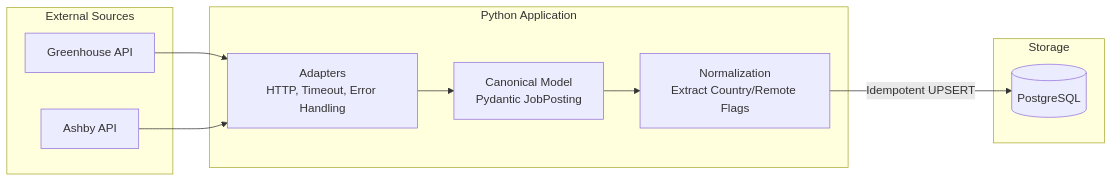
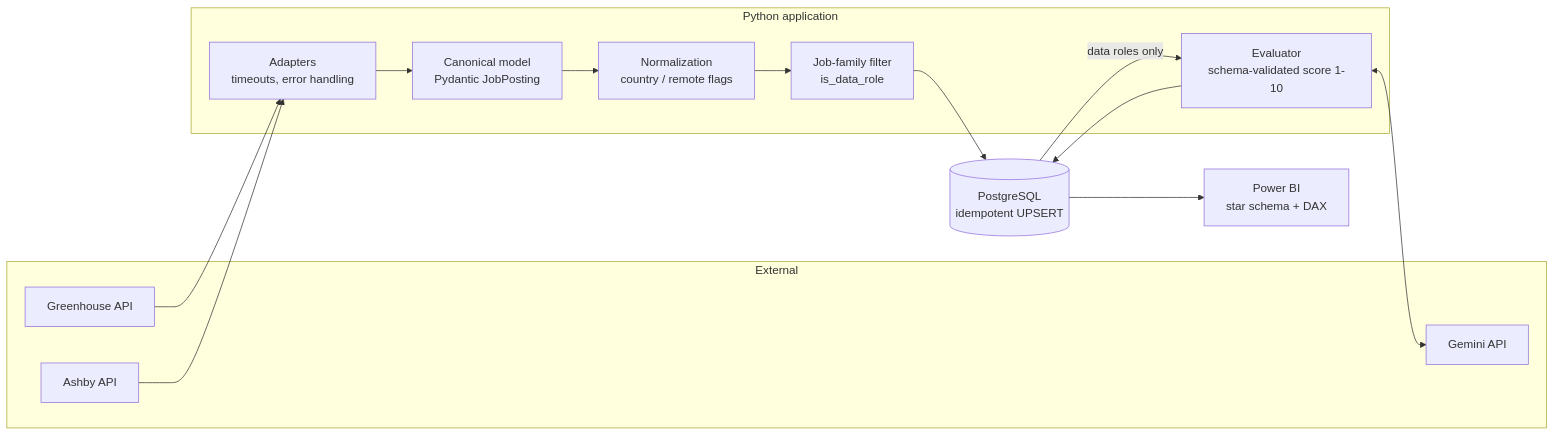
The diagram in README.md (VictorDiniz1202/data-career-radar), drawn with Mermaid before and after one commit. The commit also changed other lines of this file and 30 other files, not shown here.

````diff
--- a/README.md
+++ b/README.md
@@ -22,23 +33,27 @@
 ```mermaid
 flowchart LR
-    subgraph External Sources
+    subgraph External
         G[Greenhouse API]
         A[Ashby API]
+        L[Gemini API]
     end
 
-    subgraph Python Application
-        Adapters[Adapters\nHTTP, Timeout, Error Handling]
-        Canonical[Canonical Model\nPydantic JobPosting]
-        Normalizer[Normalization\nExtract Country/Remote Flags]
+    subgraph Python["Python application"]
+        Ad[Adapters<br/>timeouts, error handling]
+        M[Canonical model<br/>Pydantic JobPosting]
+        N[Normalization<br/>country / remote flags]
+        F[Job-family filter<br/>is_data_role]
+        E[Evaluator<br/>schema-validated score 1-10]
     end
 
-    subgraph Storage
-        DB[(PostgreSQL)]
-    end
+    DB[(PostgreSQL<br/>idempotent UPSERT)]
+    BI[Power BI<br/>star schema + DAX]
 
-    G --> Adapters
-    A --> Adapters
-    Adapters --> Canonical
-    Canonical --> Normalizer
-    Normalizer -- "Idempotent UPSERT" --> DB
+    G --> Ad
+    A --> Ad
+    Ad --> M --> N --> F --> DB
+    DB -- "data roles only" --> E
+    E <--> L
+    E --> DB
+    DB --> BI
 ```
````
